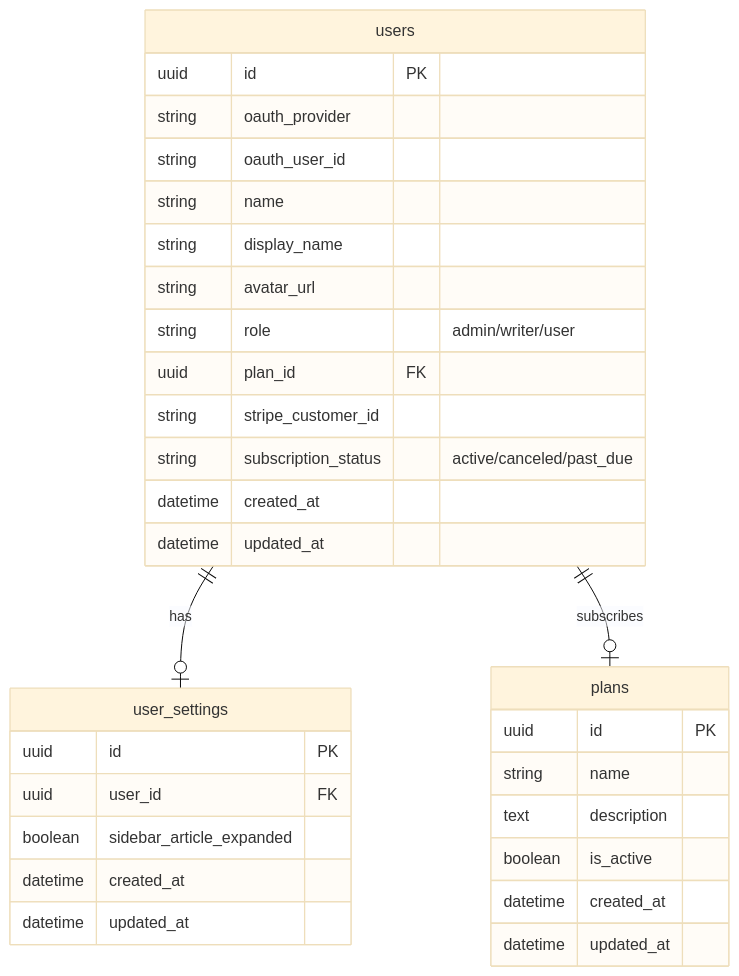
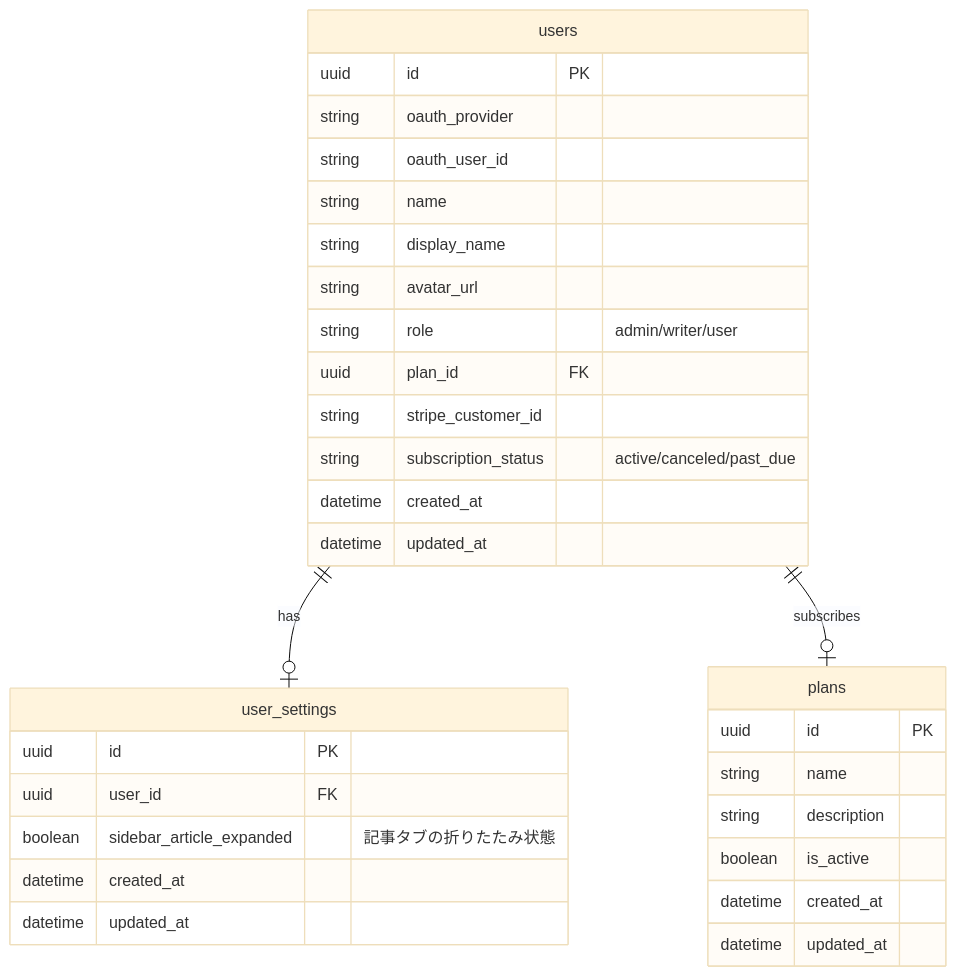
Before and after one commit to RRRRRRR-777/SikouLab: the first of 3 diagrams in docs/functions/auth/login.md, drawn with Mermaid (base theme). The commit also changed 11 other files, not shown here.

First line of the commit message:
docs(functions): 既存12ファイルのER図をsystem_datas.mdに同期

````diff
--- a/docs/functions/auth/login.md
+++ b/docs/functions/auth/login.md
@@ -79,37 +79,38 @@
 ```mermaid
 erDiagram
+    %% 正: docs/versions/1_0_0/system_datas.md
     users ||--o| user_settings : "has"
     users ||--o| plans : "subscribes"
 
     users {
         uuid id PK
         string oauth_provider
         string oauth_user_id
         string name
         string display_name
         string avatar_url
         string role "admin/writer/user"
         uuid plan_id FK
         string stripe_customer_id
         string subscription_status "active/canceled/past_due"
         datetime created_at
         datetime updated_at
     }
 
     user_settings {
         uuid id PK
         uuid user_id FK
-        boolean sidebar_article_expanded
+        boolean sidebar_article_expanded "記事タブの折りたたみ状態"
         datetime created_at
         datetime updated_at
     }
 
     plans {
         uuid id PK
         string name
-        text description
+        string description
         boolean is_active
         datetime created_at
         datetime updated_at
     }
 ```
````
